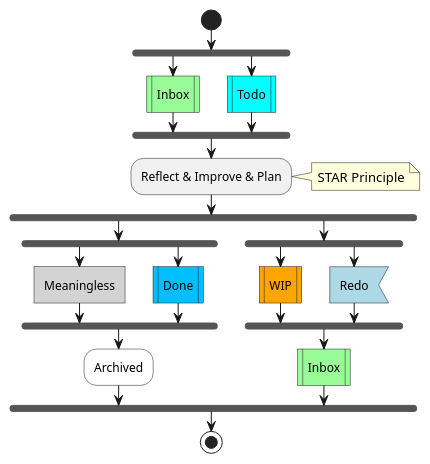
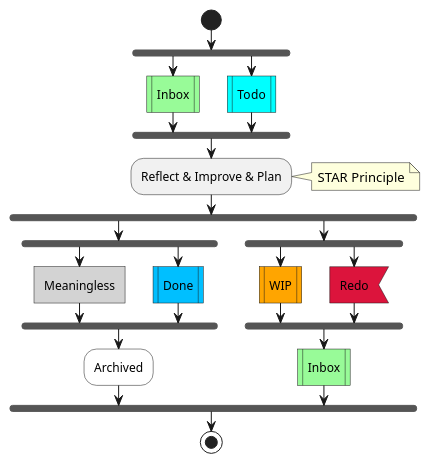
The seventh of 9 diagrams in snips/principles/gtd.md (IceHe/icehe-lib), drawn with PlantUML before and after one commit. The commit also changed other lines of this file and 1 other file, not shown here.

Commit message:
2019-07-04 19:04:07 Thu

````diff
--- a/snips/principles/gtd.md
+++ b/snips/principles/gtd.md
@@ -229,28 +230,28 @@
 ```plantuml
 @startuml
 start
 fork
     #paleGreen:Inbox|
 fork again
     #aqua:Todo|
 end fork
 :Reflect & Improve & Plan;
 note right : STAR Principle
 fork
     fork
         #lightGray:Meaningless]
     fork again
         #deepSkyBlue:Done|
     end fork
     #white:Archived;
 fork again
     fork
         #orange:WIP|
     fork again
-        #lightBlue:Redo<
+        #crimson:Redo<
     end fork
     #paleGreen:Inbox|
 end fork
 stop
 @enduml
 ```
````
